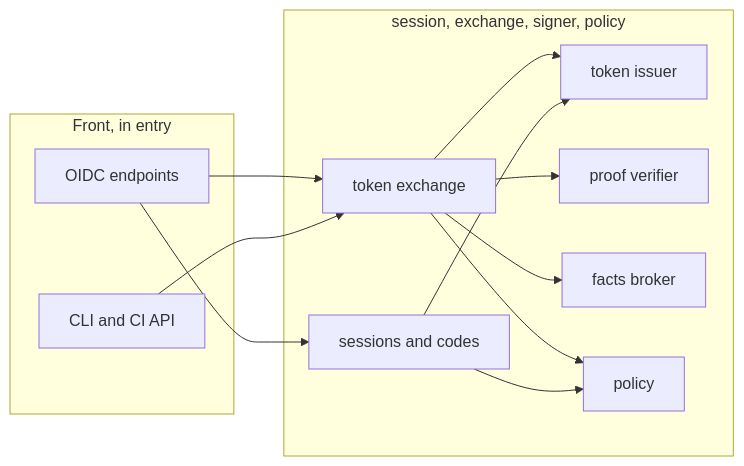
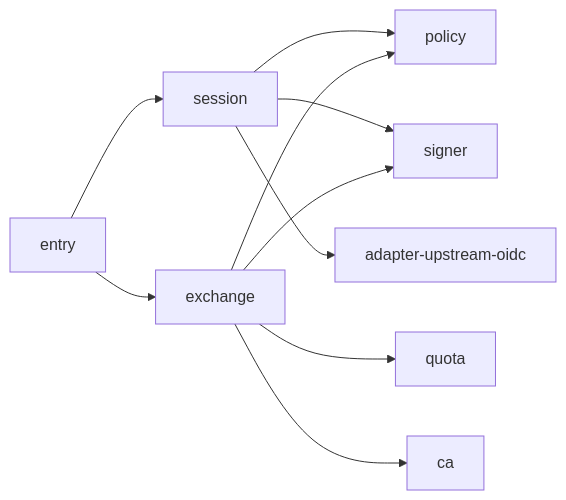
The fourth of 9 diagrams in docs/architecture/components.md (truvity/access-roster), drawn with Mermaid before and after one commit. The commit also changed other lines of this file and 11 other files, not shown here.

First line of the commit message:
docs: the architecture pages and the explorers (wave 2)

````diff
--- a/docs/architecture/components.md
+++ b/docs/architecture/components.md
@@ -174,26 +189,12 @@
 ```mermaid
 flowchart LR
-  subgraph FRONT["Front, in entry"]
-    oidc["OIDC endpoints"]
-    cli["CLI and CI API"]
-  end
-
-  subgraph CORE["session, exchange, signer, policy"]
-    sess["sessions and codes"]
-    xchg["token exchange"]
-    issuer["token issuer"]
-    proof["proof verifier"]
-    facts["facts broker"]
-    pol["policy"]
-  end
-
-  oidc --> sess
-  oidc --> xchg
-  cli --> xchg
-  xchg --> proof
-  xchg --> facts
+  entry["entry"] --> sess["session"]
+  entry --> xchg["exchange"]
+  sess --> pol["policy"]
+  sess --> sig["signer"]
+  sess --> up["adapter-upstream-oidc"]
   xchg --> pol
-  xchg --> issuer
-  sess --> pol
-  sess --> issuer
+  xchg --> sig
+  xchg --> q["quota"]
+  xchg --> ca["ca"]
 ```
````
